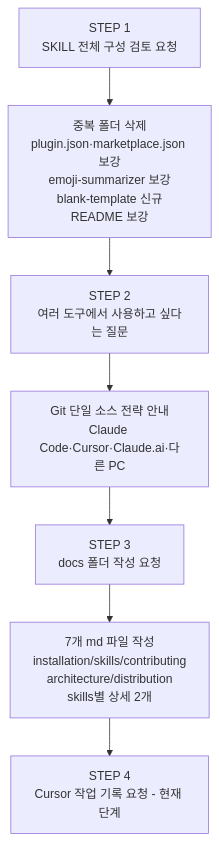
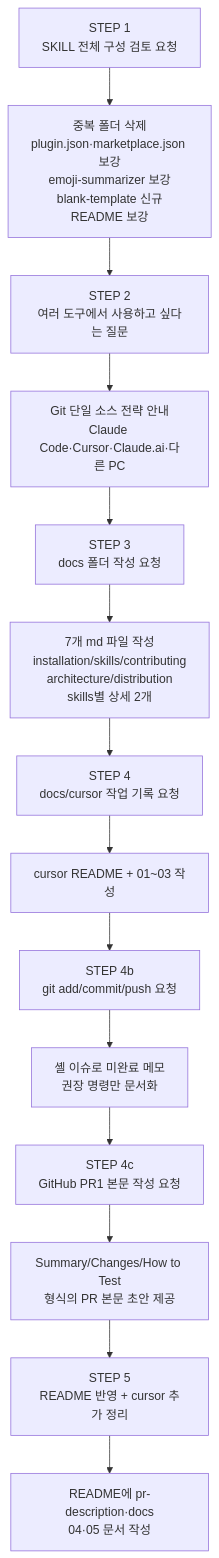
One commit to kdkim2000/my-plugins changed the diagram in docs/cursor/README.md. Above: the diagram before and after it, drawn with Mermaid. The commit also changed other lines of this file and 3 other files, not shown here.

First line of the commit message:
docs: README에 pr-description 반영 및 docs/cursor STEP 4-5 기록

````diff
--- a/docs/cursor/README.md
+++ b/docs/cursor/README.md
@@ -11,12 +11,19 @@
 ```mermaid
 flowchart TD
     Q1[STEP 1<br/>SKILL 전체 구성 검토 요청]
     A1[중복 폴더 삭제<br/>plugin.json·marketplace.json 보강<br/>emoji-summarizer 보강<br/>blank-template 신규<br/>README 보강]
     Q2[STEP 2<br/>여러 도구에서 사용하고 싶다는 질문]
     A2[Git 단일 소스 전략 안내<br/>Claude Code·Cursor·Claude.ai·다른 PC]
-    Q3[STEP 3<br/>docs 폴더 작성 요청 ]
+    Q3[STEP 3<br/>docs 폴더 작성 요청]
     A3[7개 md 파일 작성<br/>installation/skills/contributing<br/>architecture/distribution<br/>skills별 상세 2개]
-    Q4[STEP 4<br/>Cursor 작업 기록 요청 - 현재 단계]
+    Q4[STEP 4<br/>docs/cursor 작업 기록 요청]
+    A4[cursor README + 01~03 작성]
+    Q5[STEP 4b<br/>git add/commit/push 요청]
+    A5[셸 이슈로 미완료 메모<br/>권장 명령만 문서화]
+    Q6[STEP 4c<br/>GitHub PR1 본문 작성 요청]
+    A6[Summary/Changes/How to Test<br/>형식의 PR 본문 초안 제공]
+    Q7[STEP 5<br/>README 반영 + cursor 추가 정리]
+    A7[README에 pr-description·docs<br/>04·05 문서 작성]
 
-    Q1 --> A1 --> Q2 --> A2 --> Q3 --> A3 --> Q4
+    Q1 --> A1 --> Q2 --> A2 --> Q3 --> A3 --> Q4 --> A4 --> Q5 --> A5 --> Q6 --> A6 --> Q7 --> A7
 ```
````
